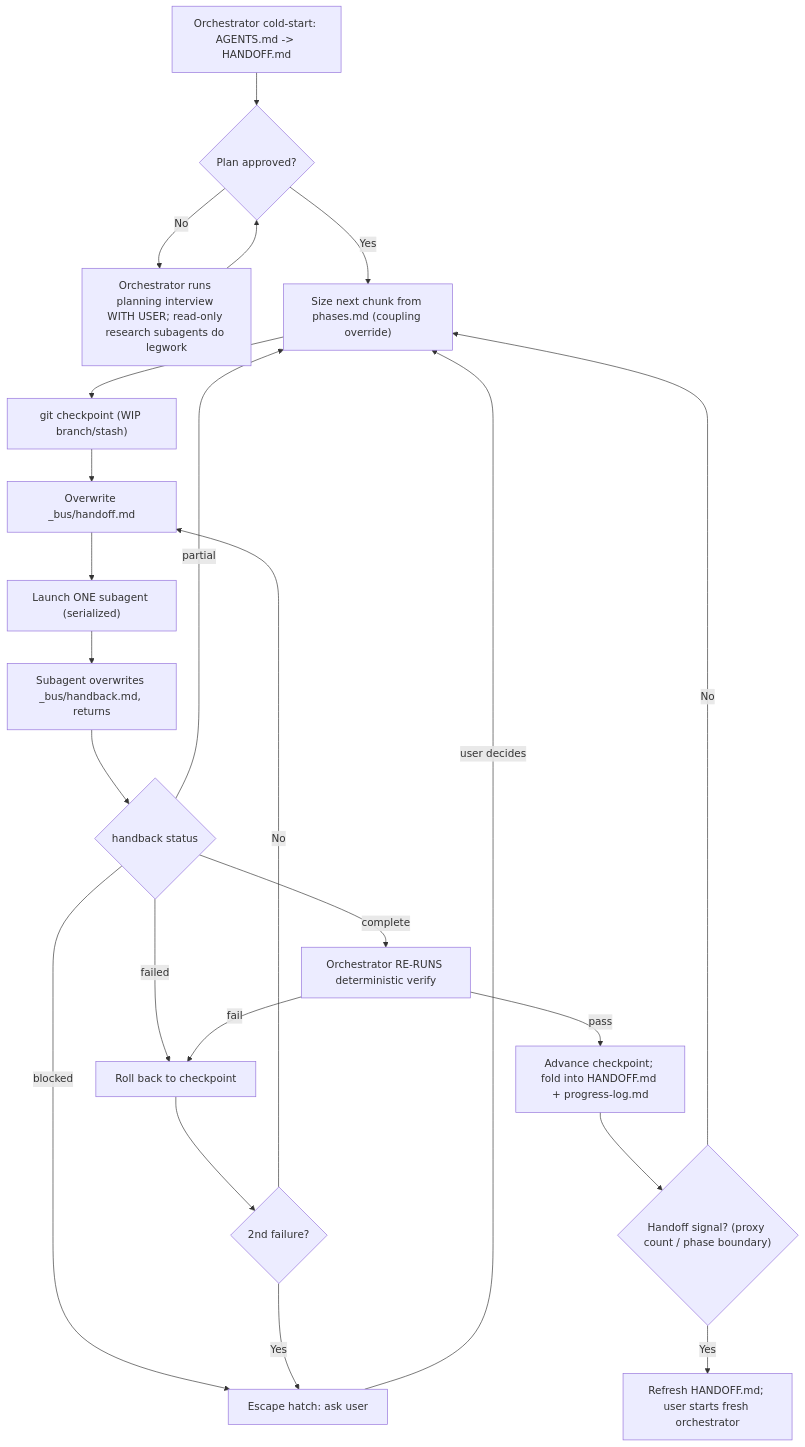
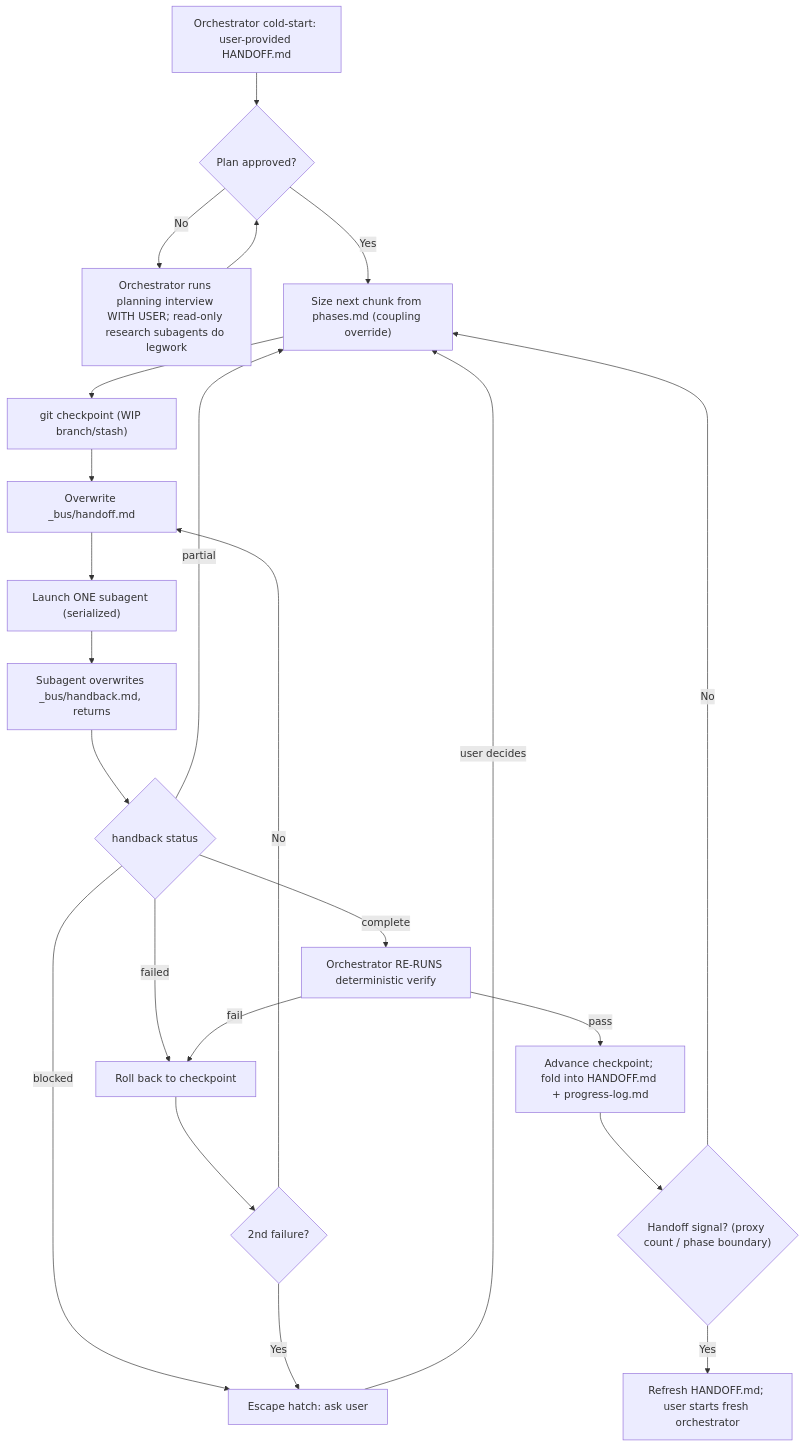
Before and after one commit to Danjohnsonnj/my-agent-skills: the diagram in orchestrate-build/SKILL.md, drawn with Mermaid. The commit also changed other lines of this file and 8 other files, not shown here.

First line of the commit message:
Stop AGENTS.md pointer injection; make handoff entry explicit (Phase D)

````diff
--- a/orchestrate-build/SKILL.md
+++ b/orchestrate-build/SKILL.md
@@ -26,25 +26,25 @@
 ```mermaid
 flowchart TD
-    coldStart["Orchestrator cold-start: AGENTS.md -> HANDOFF.md"] --> planning{"Plan approved?"}
+    coldStart["Orchestrator cold-start: user-provided HANDOFF.md"] --> planning{"Plan approved?"}
     planning -->|No| interview["Orchestrator runs planning interview WITH USER; read-only research subagents do legwork"]
     interview --> planning
     planning -->|Yes| sizeChunk["Size next chunk from phases.md (coupling override)"]
     sizeChunk --> checkpoint["git checkpoint (WIP branch/stash)"]
     checkpoint --> writeHandoff["Overwrite _bus/handoff.md"]
     writeHandoff --> dispatch["Launch ONE subagent (serialized)"]
     dispatch --> handback["Subagent overwrites _bus/handback.md, returns"]
     handback --> status{"handback status"}
     status -->|blocked| askUser["Escape hatch: ask user"]
     status -->|partial| sizeChunk
     status -->|failed| rollback["Roll back to checkpoint"]
     status -->|complete| reverify["Orchestrator RE-RUNS deterministic verify"]
     reverify -->|pass| fold["Advance checkpoint; fold into HANDOFF.md + progress-log.md"]
     reverify -->|fail| rollback
     rollback --> breaker{"2nd failure?"}
     breaker -->|No| writeHandoff
     breaker -->|Yes| askUser
     askUser -->|user decides| sizeChunk
     fold --> signal{"Handoff signal? (proxy count / phase boundary)"}
     signal -->|No| sizeChunk
     signal -->|Yes| handoff["Refresh HANDOFF.md; user starts fresh orchestrator"]
 ```
````
